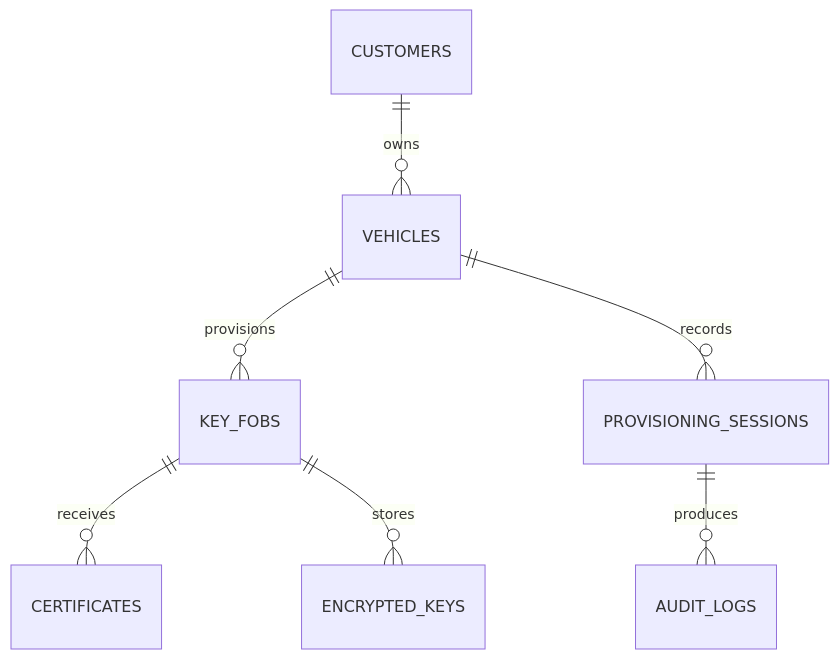
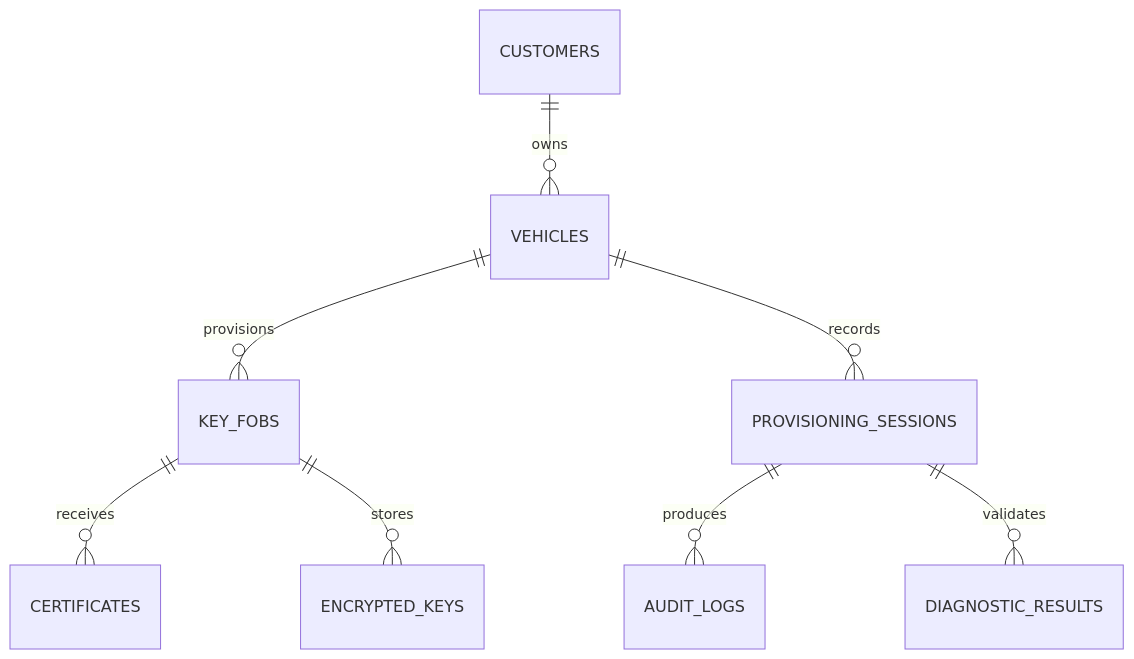
Before and after one commit to Makkkiiii/Automotive-Identity-and-Access-Control-System: the second of 4 diagrams in README.md, drawn with Mermaid. The commit also changed other lines of this file, not shown here.

````diff
--- a/README.md
+++ b/README.md
@@ -220,9 +215,10 @@
 ```mermaid
 erDiagram
     CUSTOMERS ||--o{ VEHICLES : owns
     VEHICLES ||--o{ KEY_FOBS : provisions
     KEY_FOBS ||--o{ CERTIFICATES : receives
     KEY_FOBS ||--o{ ENCRYPTED_KEYS : stores
     VEHICLES ||--o{ PROVISIONING_SESSIONS : records
     PROVISIONING_SESSIONS ||--o{ AUDIT_LOGS : produces
+    PROVISIONING_SESSIONS ||--o{ DIAGNOSTIC_RESULTS : validates
 ```
````
